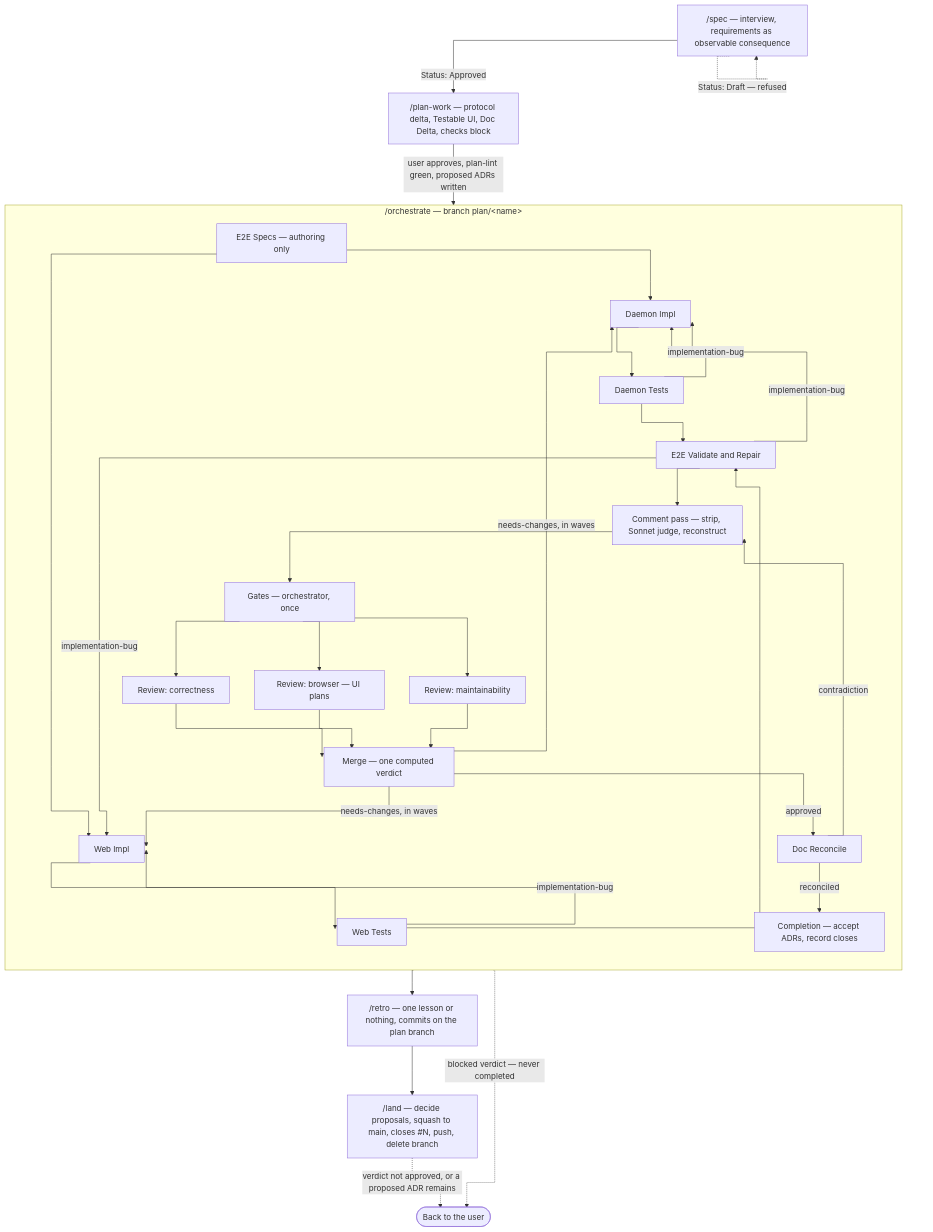
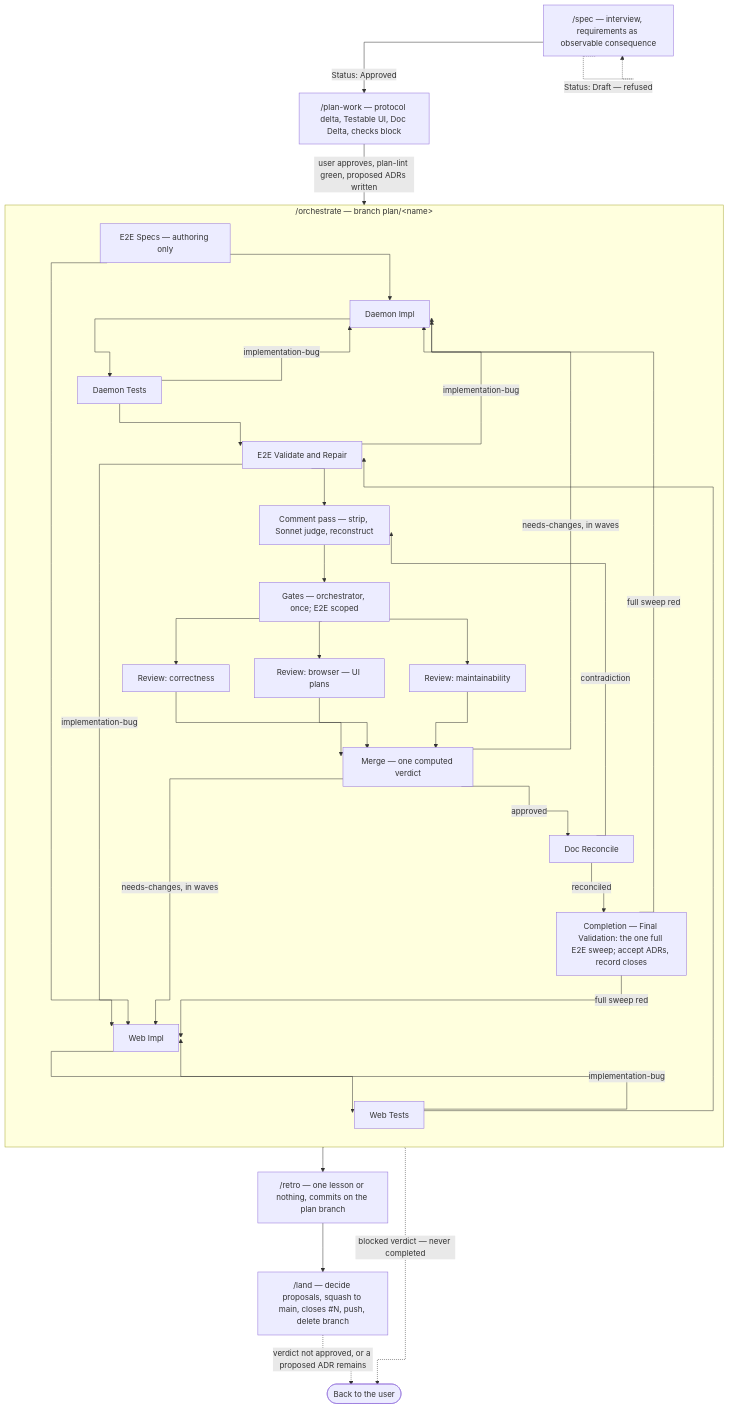
The diagram in docs/diagrams/pipeline-execution-order.md (Zalaras/muster), drawn with Mermaid before and after one commit. The commit also changed other lines of this file and 13 other files, not shown here.

Commit message:
docs(gates): scope the E2E gate per cycle, one full sweep at Completion

````diff
--- a/docs/diagrams/pipeline-execution-order.md
+++ b/docs/diagrams/pipeline-execution-order.md
@@ -39,38 +39,40 @@
 ```mermaid
 %%{init: {"layout": "dagre", "flowchart": {"curve": "stepAfter"}}}%%
 flowchart TD
     SPEC["/spec — interview, requirements as observable consequence"] -->|Status: Approved| PW["/plan-work — protocol delta, Testable UI, Doc Delta, checks block"]
     SPEC -.->|Status: Draft — refused| SPEC
     PW -->|user approves, plan-lint green, proposed ADRs written| ORCH
 
     subgraph ORCH["/orchestrate — branch plan/&lt;name&gt;"]
         direction TB
         S[E2E Specs — authoring only] --> DI[Daemon Impl]
         S --> WI[Web Impl]
         DI --> DT[Daemon Tests]
         WI --> WT[Web Tests]
         DT -->|implementation-bug| DI
         WT -->|implementation-bug| WI
         DT --> V[E2E Validate and Repair]
         WT --> V
         V -->|implementation-bug| DI
         V -->|implementation-bug| WI
-        V --> CP[Comment pass — strip, Sonnet judge, reconstruct] --> G[Gates — orchestrator, once]
+        V --> CP[Comment pass — strip, Sonnet judge, reconstruct] --> G[Gates — orchestrator, once; E2E scoped]
         G --> RC[Review: correctness]
         G --> RB[Review: browser — UI plans]
         G --> RM[Review: maintainability]
         RC --> M[Merge — one computed verdict]
         RB --> M
         RM --> M
         M -->|needs-changes, in waves| DI
         M -->|needs-changes, in waves| WI
         M -->|approved| DR[Doc Reconcile]
         DR -->|contradiction| CP
-        DR -->|reconciled| C[Completion — accept ADRs, record closes]
+        DR -->|reconciled| C[Completion — Final Validation: the one full E2E sweep; accept ADRs, record closes]
+        C -->|full sweep red| DI
+        C -->|full sweep red| WI
     end
 
     ORCH --> RETRO["/retro — one lesson or nothing, commits on the plan branch"]
     RETRO --> LAND["/land — decide proposals, squash to main, closes #N, push, delete branch"]
     ORCH -.->|blocked verdict — never completed| USER([Back to the user])
     LAND -.->|verdict not approved, or a proposed ADR remains| USER
 ```
````
